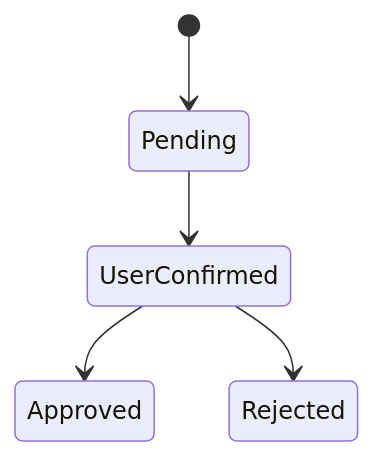
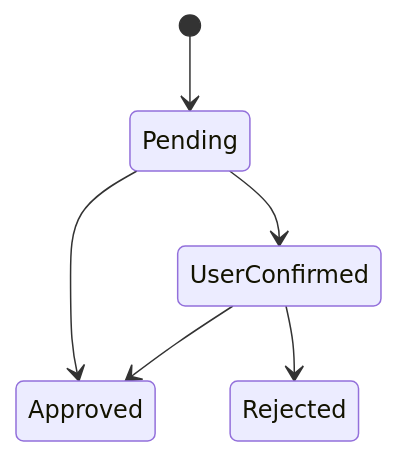
One commit to MinhKhoa05/gametopup changed the third of 7 diagrams in docs/core-workflows.md. Above: the diagram before and after it, drawn with Mermaid. The commit also changed other lines of this file and 16 other files, not shown here.

````diff
--- a/docs/core-workflows.md
+++ b/docs/core-workflows.md
@@ -74,7 +78,8 @@
 ```mermaid
 stateDiagram-v2
     [*] --> Pending
+    Pending --> Approved
     Pending --> UserConfirmed
     UserConfirmed --> Approved
     UserConfirmed --> Rejected
 ```
````
